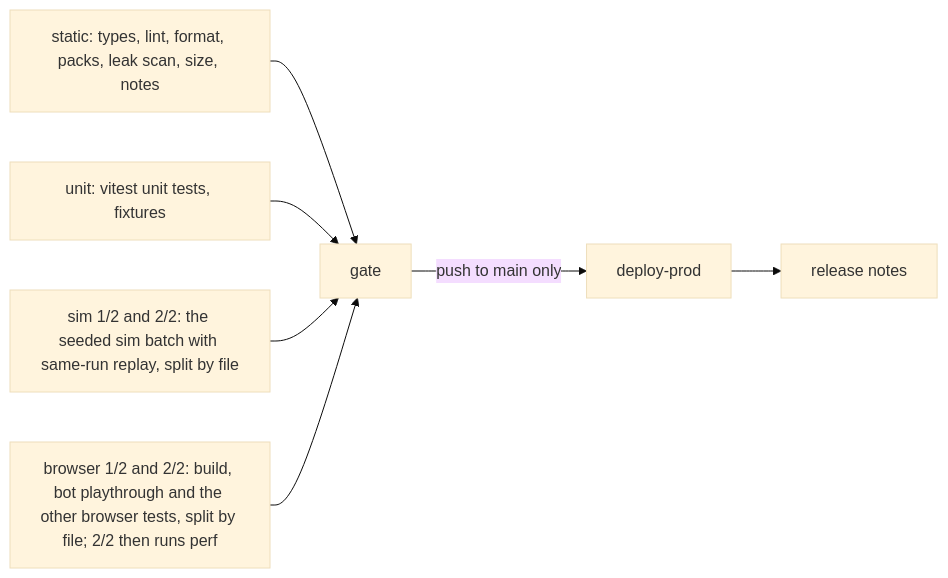
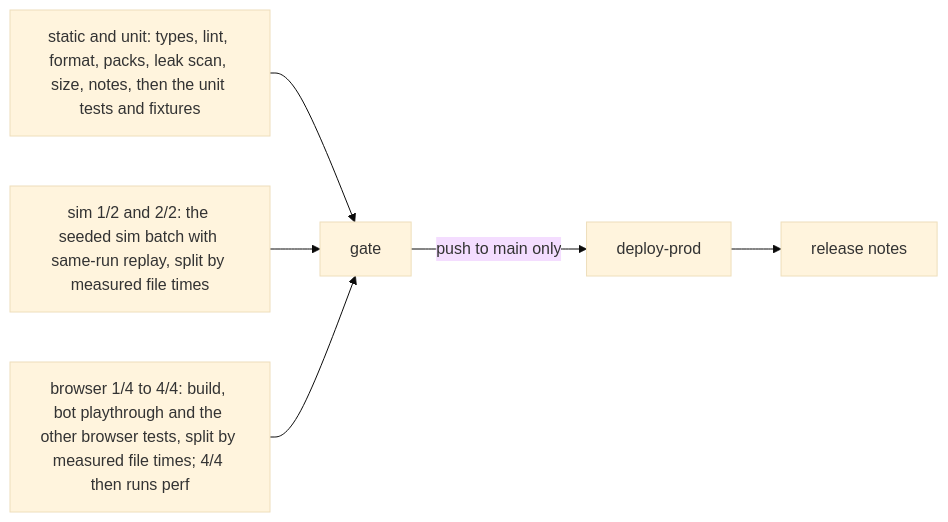
One commit to joshuasundance-swca/throttlebrawl changed the diagram in docs/engineering.md. Above: the diagram before and after it, drawn with Mermaid (base theme). The commit also changed other lines of this file and 12 other files, not shown here.

First line of the commit message:
infra: CI tests the same things in less time (duration-balanced slices, 4 browser slices, one perf build, cached Chromium packages)

````diff
--- a/docs/engineering.md
+++ b/docs/engineering.md
@@ -238,9 +251,8 @@
 ```mermaid
 flowchart LR
-  A[static: types, lint, format, packs, leak scan, size, notes] --> G[gate]
-  B[unit: vitest unit tests, fixtures] --> G
-  S[sim 1/2 and 2/2: the seeded sim batch with same-run replay, split by file] --> G
-  C[browser 1/2 and 2/2: build, bot playthrough and the other browser tests, split by file; 2/2 then runs perf] --> G
+  A[static and unit: types, lint, format, packs, leak scan, size, notes, then the unit tests and fixtures] --> G[gate]
+  S[sim 1/2 and 2/2: the seeded sim batch with same-run replay, split by measured file times] --> G
+  C[browser 1/4 to 4/4: build, bot playthrough and the other browser tests, split by measured file times; 4/4 then runs perf] --> G
   G -->|push to main only| D[deploy-prod]
   D --> R[release notes]
 ```
````
